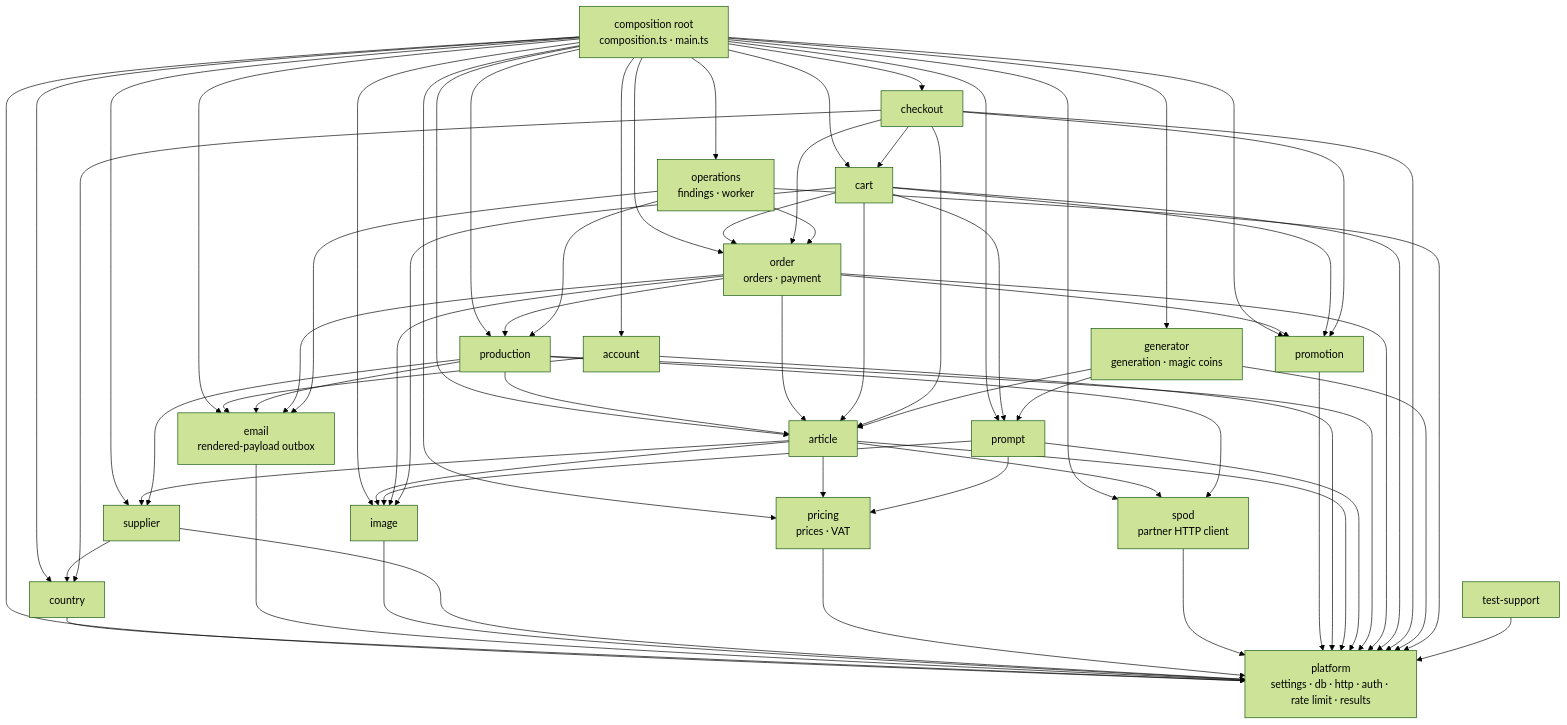
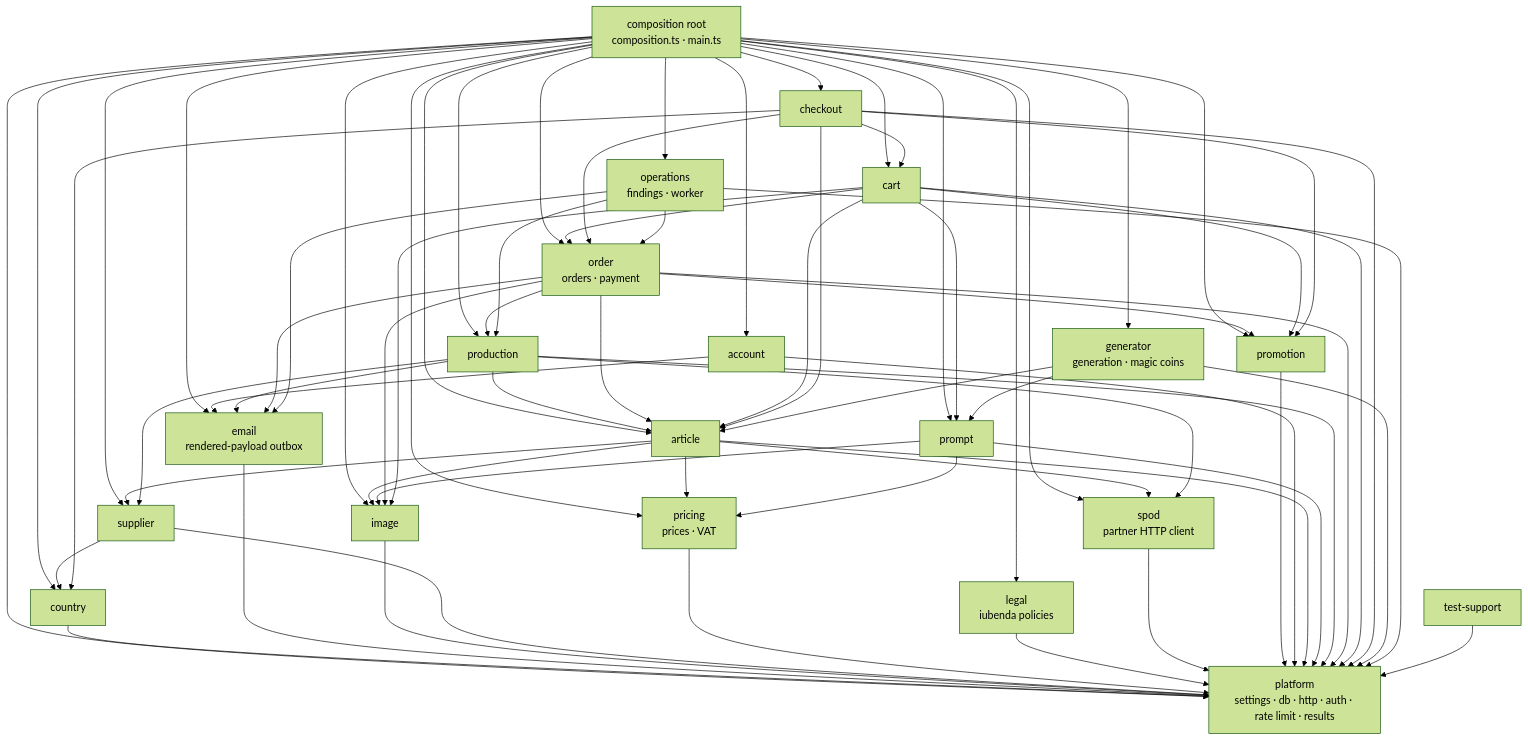
One commit to bitstorm-tech/voenix-shop-kotlin changed the diagram in docs/dev/backend/conventions/module-architecture.md. Above: the diagram before and after it, drawn with Mermaid (forest theme). The commit also changed other lines of this file and 11 other files, not shown here.

````diff
--- a/docs/dev/backend/conventions/module-architecture.md
+++ b/docs/dev/backend/conventions/module-architecture.md
@@ -40,74 +40,76 @@
 ```mermaid
 flowchart TD
     Root["composition root<br/>composition.ts · main.ts"]
     Platform["platform<br/>settings · db · http · auth · rate limit · results"]
     Country["country"]
     Email["email<br/>rendered-payload outbox"]
     Image["image"]
     Supplier["supplier"]
     Pricing["pricing<br/>prices · VAT"]
     Spod["spod<br/>partner HTTP client"]
     Promotion["promotion"]
+    Legal["legal<br/>iubenda policies"]
     Account["account"]
     Article["article"]
     Prompt["prompt"]
     Production["production"]
     Order["order<br/>orders · payment"]
     Cart["cart"]
     Checkout["checkout"]
     Generator["generator<br/>generation · magic coins"]
     Operations["operations<br/>findings · worker"]
     TestSupport["test-support"]
 
     Root --> Platform
-    Root --> Country & Email & Image & Supplier & Pricing & Spod & Promotion & Account & Article & Prompt & Production & Order & Cart & Checkout & Generator & Operations
+    Root --> Country & Email & Image & Supplier & Pricing & Spod & Promotion & Legal & Account & Article & Prompt & Production & Order & Cart & Checkout & Generator & Operations
     Country --> Platform
     Email --> Platform
     Image --> Platform
     Supplier --> Platform
     Supplier --> Country
     Pricing --> Platform
+    Legal --> Platform
     Spod --> Platform
     Promotion --> Platform
     Account --> Platform
     Account --> Email
     Article --> Platform
     Article --> Image
     Article --> Pricing
     Article --> Supplier
     Article --> Spod
     Prompt --> Platform
     Prompt --> Image
     Prompt --> Pricing
     Production --> Platform
     Production --> Email
     Production --> Supplier
     Production --> Article
     Production --> Spod
     Order --> Platform
     Order --> Image
     Order --> Article
     Order --> Promotion
     Order --> Production
     Order --> Email
     Cart --> Platform
     Cart --> Image
     Cart --> Article
     Cart --> Prompt
     Cart --> Promotion
     Cart --> Order
     Checkout --> Platform
     Checkout --> Cart
     Checkout --> Promotion
     Checkout --> Order
     Checkout --> Country
     Checkout --> Article
     Generator --> Platform
     Generator --> Article
     Generator --> Prompt
     Operations --> Platform
     Operations --> Order
     Operations --> Production
     Operations --> Email
     TestSupport --> Platform
 ```
````
